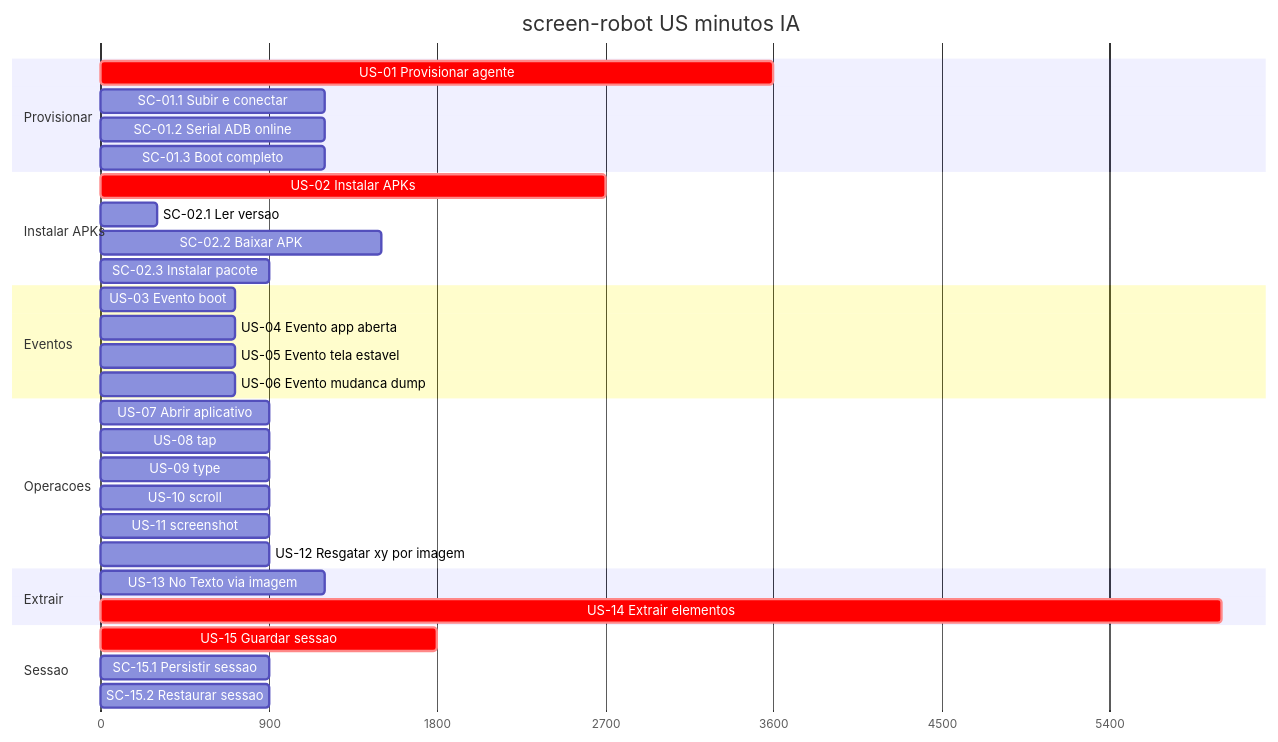
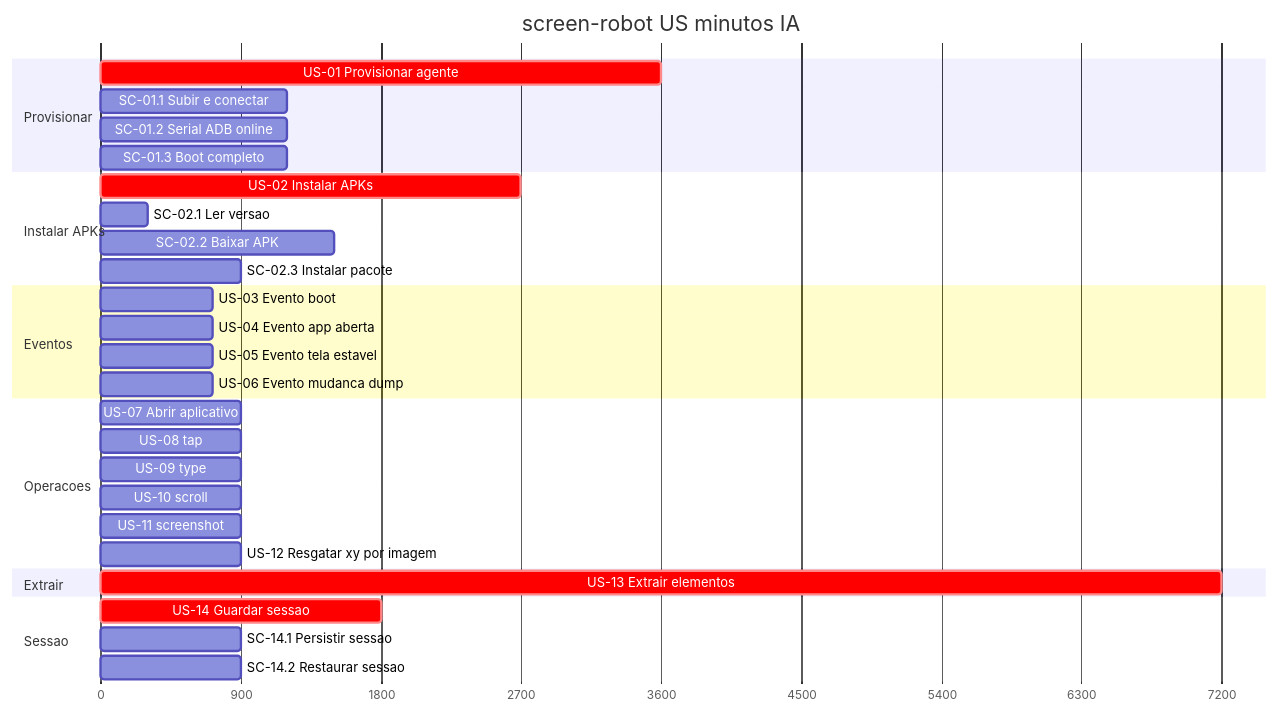
The first of 2 diagrams in core/tasks/README.md (laerciogermano/workstation), drawn with Mermaid before and after one commit. The commit also changed other lines of this file and 3 other files, not shown here.

Commit message:
Unifica o range US-13..18 em uma única US-13 Extrair elementos; sessão vira US-14.

````diff
--- a/core/tasks/README.md
+++ b/core/tasks/README.md
@@ -51,41 +49,40 @@
 ```mermaid
 gantt
   title screen-robot US minutos IA
   dateFormat X
   axisFormat %s
 
   section Provisionar
   US-01 Provisionar agente         :crit, p0, 0, 60m
   SC-01.1 Subir e conectar         :p1, 0, 20m
   SC-01.2 Serial ADB online        :p2, 0, 20m
   SC-01.3 Boot completo            :p3, 0, 20m
 
   section Instalar APKs
   US-02 Instalar APKs              :crit, i0, 0, 45m
   SC-02.1 Ler versao               :i1, 0, 5m
   SC-02.2 Baixar APK               :i2, 0, 25m
   SC-02.3 Instalar pacote          :i3, 0, 15m
 
   section Eventos
   US-03 Evento boot                :e1, 0, 12m
   US-04 Evento app aberta          :e2, 0, 12m
   US-05 Evento tela estavel        :e3, 0, 12m
   US-06 Evento mudanca dump        :e4, 0, 12m
 
   section Operacoes
   US-07 Abrir aplicativo           :o1, 0, 15m
   US-08 tap                        :o2, 0, 15m
   US-09 type                       :o3, 0, 15m
   US-10 scroll                     :o4, 0, 15m
   US-11 screenshot                 :o5, 0, 15m
   US-12 Resgatar xy por imagem     :o6, 0, 15m
 
   section Extrair
-  US-13 No Texto via imagem        :x1, 0, 20m
-  US-14 Extrair elementos          :crit, x2, 0, 100m
+  US-13 Extrair elementos          :crit, x1, 0, 120m
 
   section Sessao
-  US-15 Guardar sessao             :crit, s0, 0, 30m
-  SC-15.1 Persistir sessao         :s1, 0, 15m
-  SC-15.2 Restaurar sessao         :s2, 0, 15m
+  US-14 Guardar sessao             :crit, s0, 0, 30m
+  SC-14.1 Persistir sessao         :s1, 0, 15m
+  SC-14.2 Restaurar sessao         :s2, 0, 15m
 ```
````
